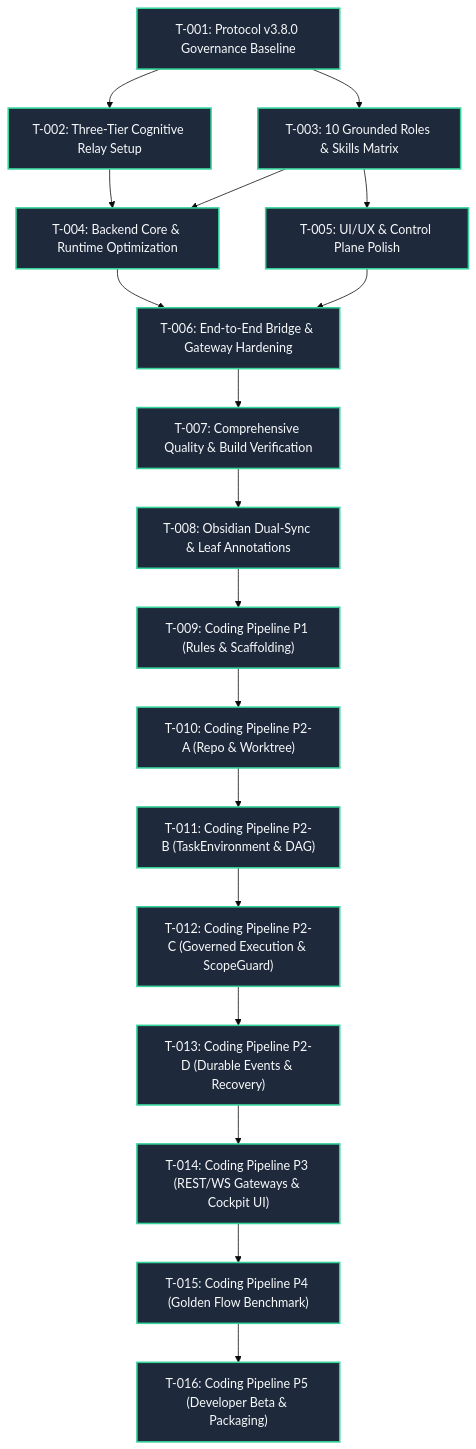
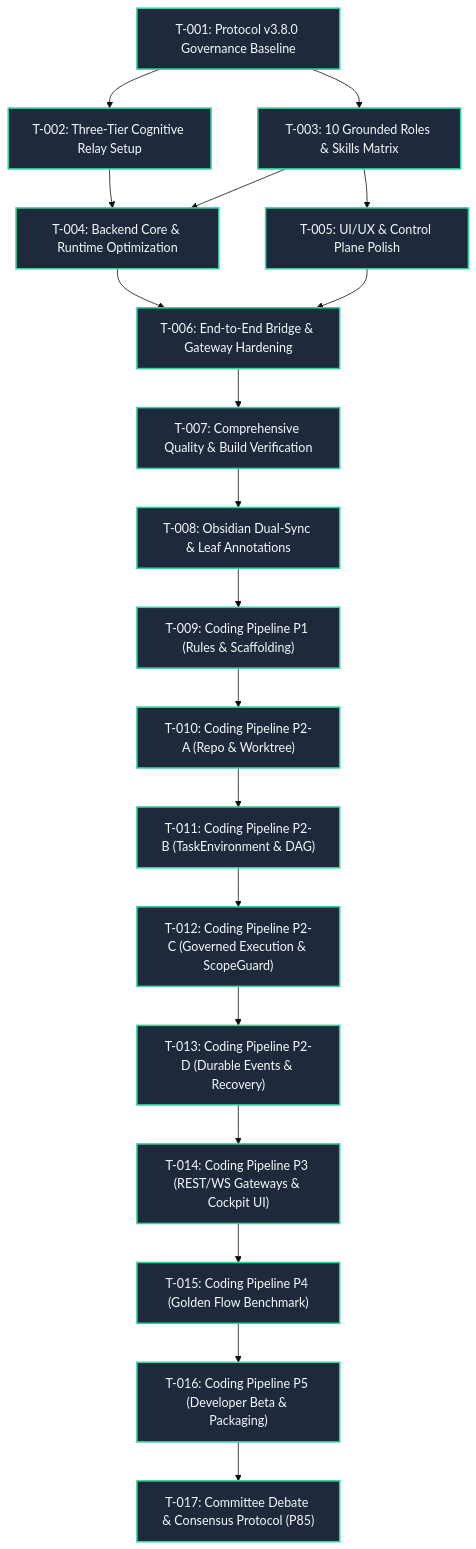
One commit to OPluke11-abula/LLM-Agent-System changed the diagram in docs/obsidian/05 Task Status & Multi-Agent Execution DAG.md. Above: the diagram before and after it, drawn with Mermaid (base theme). The commit also changed other lines of this file and 14 other files, not shown here.

Commit message:
feat(pipeline): implement multi-agent committee debate and consensus protocol (p85)

````diff
--- a/docs/obsidian/05 Task Status & Multi-Agent Execution DAG.md
+++ b/docs/obsidian/05 Task Status & Multi-Agent Execution DAG.md
@@ -24,40 +24,42 @@
 ```mermaid
 graph TD
     classDef done fill:#1e293b,stroke:#34d399,stroke-width:2px,color:#f8fafc;
     classDef todo fill:#1e293b,stroke:#f59e0b,stroke-width:2px,color:#f8fafc;
 
     T01["T-001: Protocol v3.8.0 Governance Baseline"]:::done
     T02["T-002: Three-Tier Cognitive Relay Setup"]:::done
     T03["T-003: 10 Grounded Roles & Skills Matrix"]:::done
     T04["T-004: Backend Core & Runtime Optimization"]:::done
     T05["T-005: UI/UX & Control Plane Polish"]:::done
     T06["T-006: End-to-End Bridge & Gateway Hardening"]:::done
     T07["T-007: Comprehensive Quality & Build Verification"]:::done
     T08["T-008: Obsidian Dual-Sync & Leaf Annotations"]:::done
     T09["T-009: Coding Pipeline P1 (Rules & Scaffolding)"]:::done
     T10["T-010: Coding Pipeline P2-A (Repo & Worktree)"]:::done
     T11["T-011: Coding Pipeline P2-B (TaskEnvironment & DAG)"]:::done
     T12["T-012: Coding Pipeline P2-C (Governed Execution & ScopeGuard)"]:::done
     T13["T-013: Coding Pipeline P2-D (Durable Events & Recovery)"]:::done
     T14["T-014: Coding Pipeline P3 (REST/WS Gateways & Cockpit UI)"]:::done
     T15["T-015: Coding Pipeline P4 (Golden Flow Benchmark)"]:::done
     T16["T-016: Coding Pipeline P5 (Developer Beta & Packaging)"]:::done
+    T17["T-017: Committee Debate & Consensus Protocol (P85)"]:::done
 
     T01 --> T02
     T01 --> T03
     T02 --> T04
     T03 --> T04
     T03 --> T05
     T04 --> T06
     T05 --> T06
     T06 --> T07
     T07 --> T08
     T08 --> T09
     T09 --> T10
     T10 --> T11
     T11 --> T12
     T12 --> T13
     T13 --> T14
     T14 --> T15
     T15 --> T16
+    T16 --> T17
 ```
````
